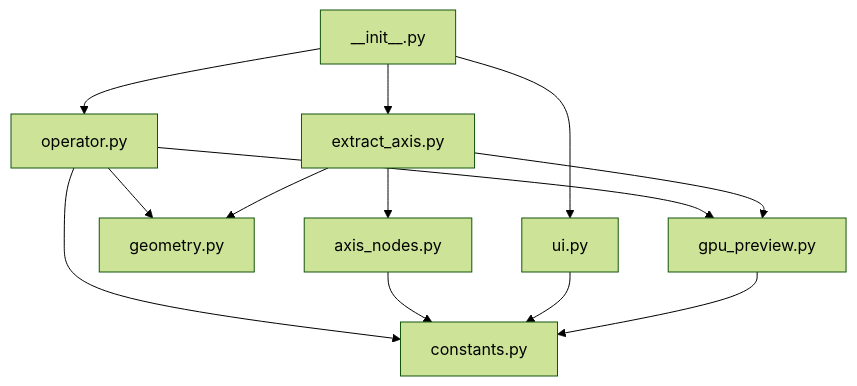
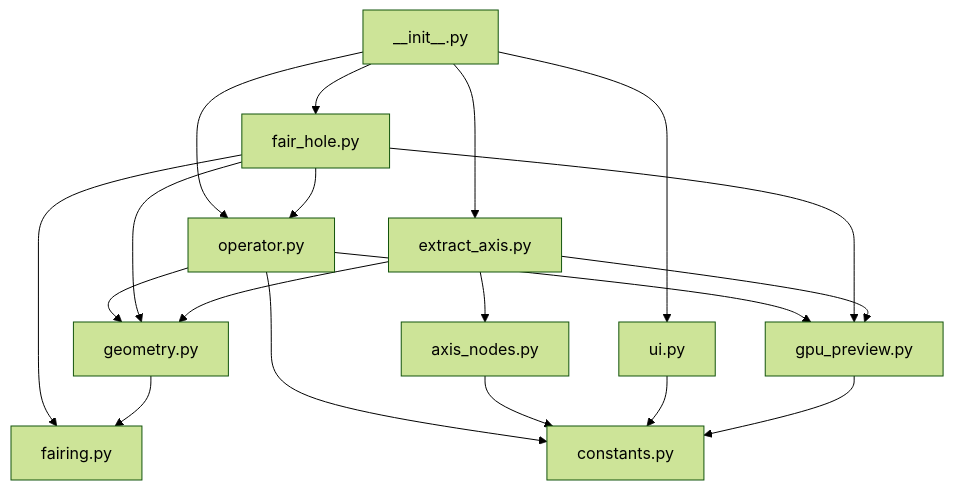
One commit to amoose136/holey-tools changed the diagram in src/docs/architecture.md. Above: the diagram before and after it, drawn with Mermaid (forest theme). The commit also changed other lines of this file and 16 other files, not shown here.

````diff
--- a/src/docs/architecture.md
+++ b/src/docs/architecture.md
@@ -27,15 +26,21 @@
 ```mermaid
 flowchart TD
     Entry[__init__.py] --> Operator[operator.py]
+    Entry --> FairOperator[fair_hole.py]
     Entry --> Extract[extract_axis.py]
     Entry --> UI[ui.py]
     Operator --> Geometry[geometry.py]
     Operator --> Preview[gpu_preview.py]
     Operator --> Constants[constants.py]
+    FairOperator --> Fairing[fairing.py]
+    FairOperator --> Geometry
+    FairOperator --> Preview
+    FairOperator --> Operator
+    Geometry --> Fairing
     Extract --> AxisNodes[axis_nodes.py]
     Extract --> Geometry
     Extract --> Preview
     AxisNodes --> Constants
     UI --> Constants
     Preview --> Constants
 ```
````
